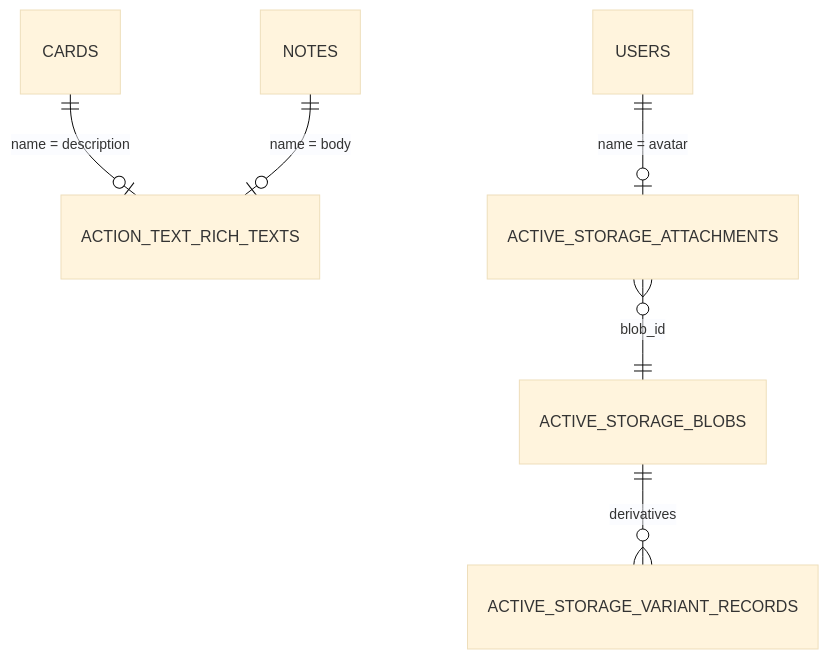
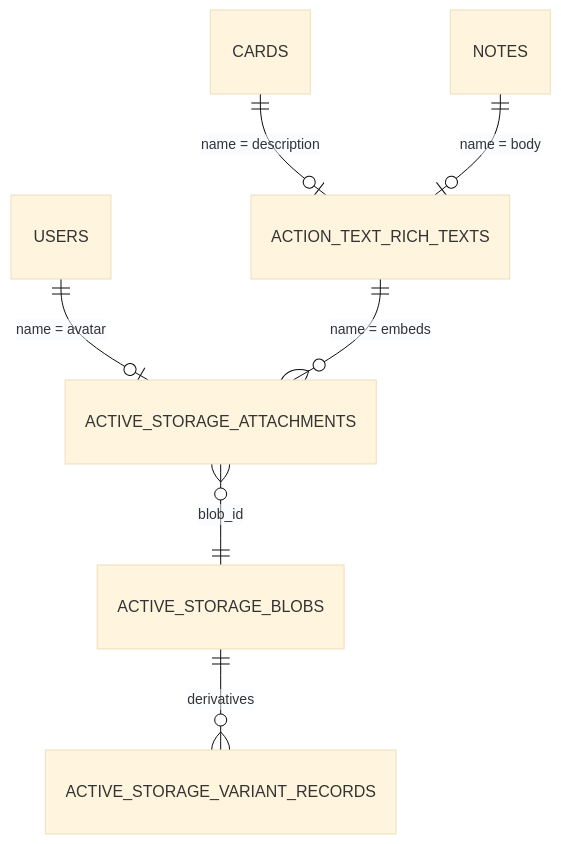
The fourth of 5 diagrams in ERD.md (nexusaicodes/mudda), drawn with Mermaid (base theme) before and after one commit. The commit also changed other lines of this file and 19 other files, not shown here.

````diff
--- a/ERD.md
+++ b/ERD.md
@@ -311,8 +316,9 @@
 ```mermaid
 erDiagram
     CARDS ||--o| ACTION_TEXT_RICH_TEXTS : "name = description"
     NOTES ||--o| ACTION_TEXT_RICH_TEXTS : "name = body"
     USERS ||--o| ACTIVE_STORAGE_ATTACHMENTS : "name = avatar"
+    ACTION_TEXT_RICH_TEXTS ||--o{ ACTIVE_STORAGE_ATTACHMENTS : "name = embeds"
     ACTIVE_STORAGE_ATTACHMENTS }o--|| ACTIVE_STORAGE_BLOBS : "blob_id"
     ACTIVE_STORAGE_BLOBS ||--o{ ACTIVE_STORAGE_VARIANT_RECORDS : "derivatives"
 ```
````
